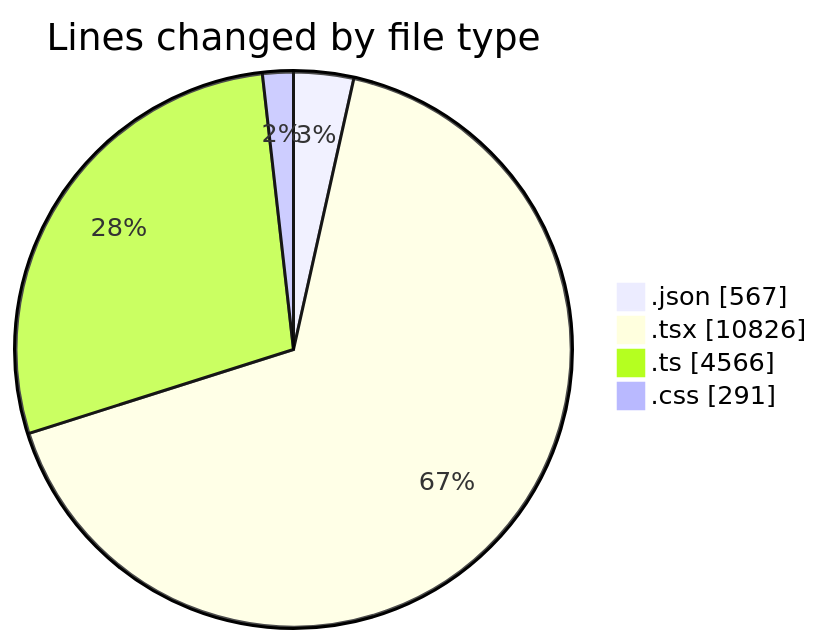
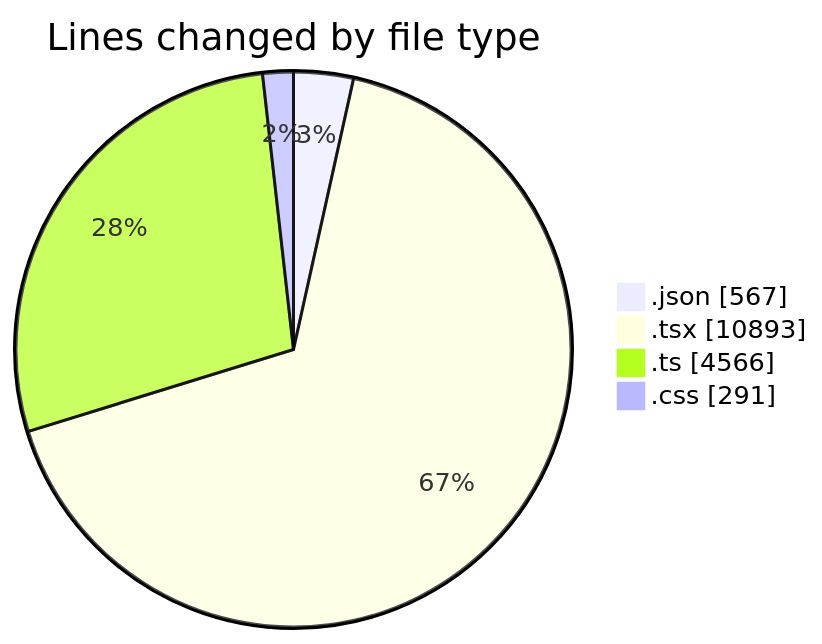
Before and after one commit to julien-gomy/code-tracking: the first of 2 diagrams in 2025-10-07/eventscop-frontend-guide__workspace_/README.md, drawn with Mermaid. The commit also changed other lines of this file and 1 other file, not shown here.

````diff
--- a/2025-10-07/eventscop-frontend-guide__workspace_/README.md
+++ b/2025-10-07/eventscop-frontend-guide__workspace_/README.md
@@ -95,8 +95,8 @@
 ```mermaid
 pie showData
 title Lines changed by file type
 ".json" : 567
-".tsx" : 10826
+".tsx" : 10893
 ".ts" : 4566
 ".css" : 291
 ```
````
